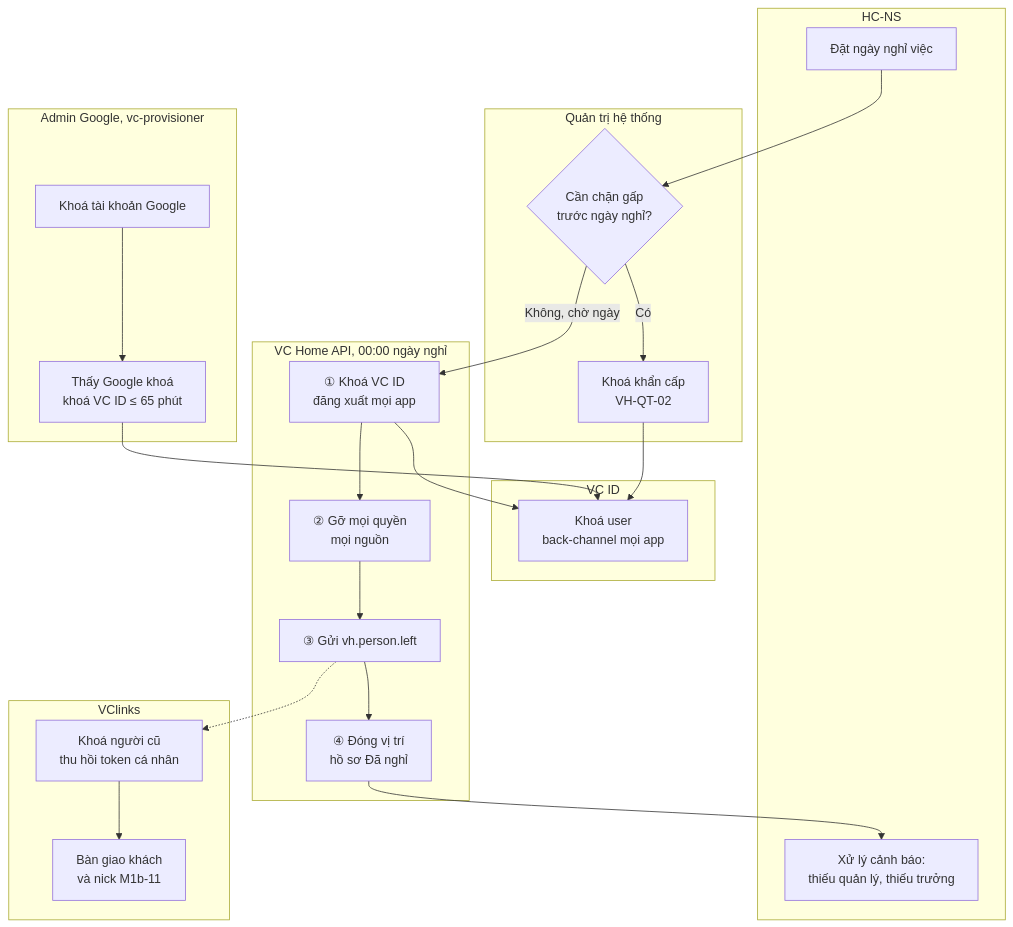
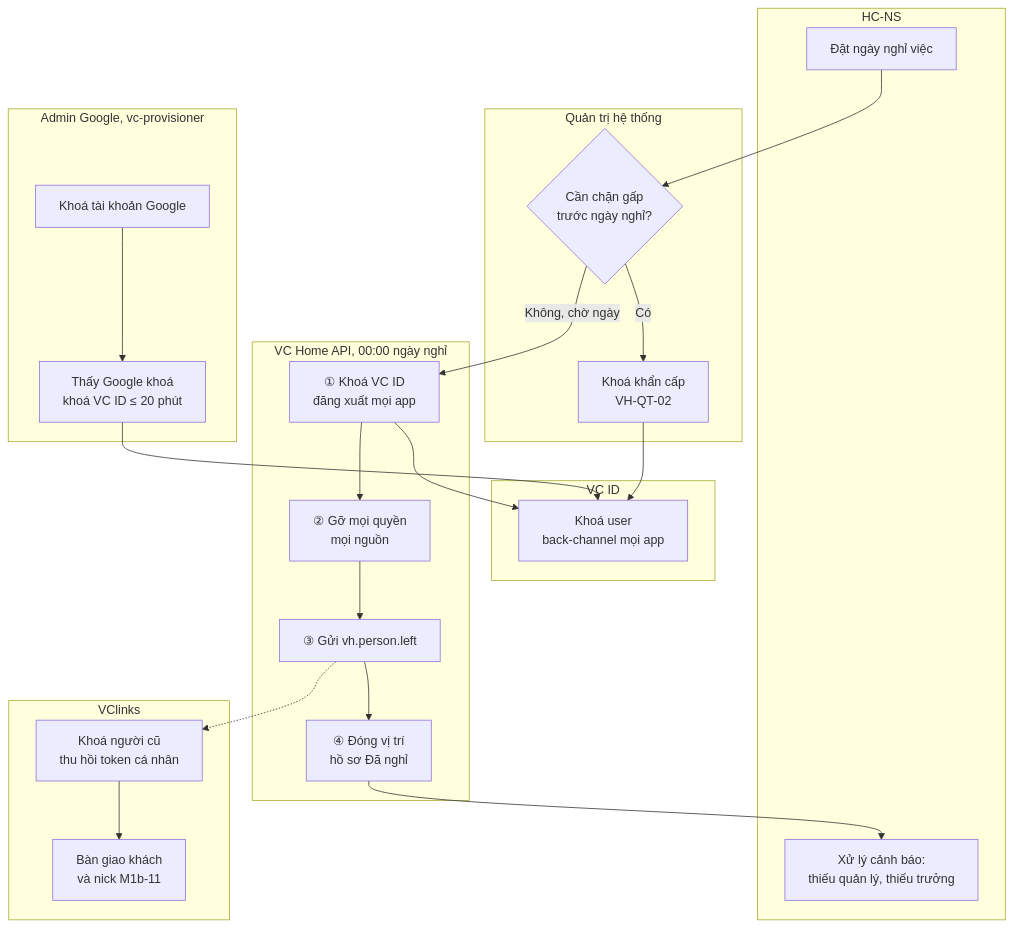
The seventh of 13 diagrams in docs/vc-home/03-quy-trinh.md (daoxuanson15072001/vc), drawn with Mermaid before and after one commit. The commit also changed other lines of this file and 10 other files, not shown here.

````diff
--- a/docs/vc-home/03-quy-trinh.md
+++ b/docs/vc-home/03-quy-trinh.md
@@ -610,35 +612,35 @@
 ```mermaid
 flowchart TD
   subgraph HCL["HC-NS"]
     H1["Đặt ngày nghỉ việc"]
     H2["Xử lý cảnh báo:<br/>thiếu quản lý, thiếu trưởng"]
   end
   subgraph QTL["Quản trị hệ thống"]
     Q1{"Cần chặn gấp<br/>trước ngày nghỉ?"}
     Q2["Khoá khẩn cấp<br/>VH-QT-02"]
   end
   subgraph APIL["VC Home API, 00:00 ngày nghỉ"]
     S1["① Khoá VC ID<br/>đăng xuất mọi app"]
     S2["② Gỡ mọi quyền<br/>mọi nguồn"]
     S3["③ Gửi vh.person.left"]
     S4["④ Đóng vị trí<br/>hồ sơ Đã nghỉ"]
   end
   subgraph VIDL["VC ID"]
     V1["Khoá user<br/>back-channel mọi app"]
   end
   subgraph VCLL["VClinks"]
     L1["Khoá người cũ<br/>thu hồi token cá nhân"]
     L2["Bàn giao khách<br/>và nick M1b-11"]
   end
   subgraph GGL["Admin Google, vc-provisioner"]
     G1["Khoá tài khoản Google"]
-    G2["Thấy Google khoá<br/>khoá VC ID ≤ 65 phút"]
+    G2["Thấy Google khoá<br/>khoá VC ID ≤ 20 phút"]
   end
   H1 --> Q1
   Q1 -->|"Có"| Q2 --> V1
   Q1 -->|"Không, chờ ngày"| S1
   S1 --> V1
   S1 --> S2 --> S3 --> S4 --> H2
   S3 -.-> L1 --> L2
   G1 --> G2 --> V1
 ```
````
